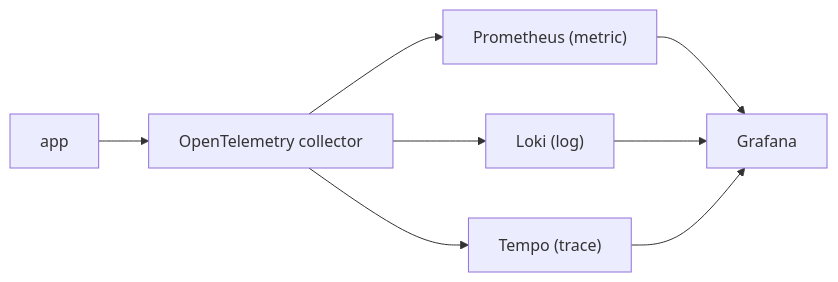
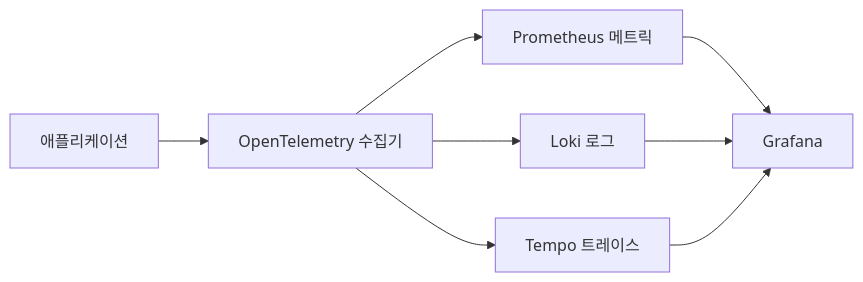
One commit to yeongseon-books/book-content changed the diagram in content/observability-101/ko/10-production-observability-stack.md. Above: the diagram before and after it, drawn with Mermaid. The commit also changed other lines of this file and 9 other files, not shown here.

````diff
--- a/content/observability-101/ko/10-production-observability-stack.md
+++ b/content/observability-101/ko/10-production-observability-stack.md
@@ -35,10 +49,10 @@
 ```mermaid
 flowchart LR
-    App["app"] --> Otel["OpenTelemetry collector"]
-    Otel --> Prom["Prometheus (metric)"]
-    Otel --> Loki["Loki (log)"]
-    Otel --> Tempo["Tempo (trace)"]
+    App["애플리케이션"] --> Otel["OpenTelemetry 수집기"]
+    Otel --> Prom["Prometheus 메트릭"]
+    Otel --> Loki["Loki 로그"]
+    Otel --> Tempo["Tempo 트레이스"]
     Prom --> Grafana
     Loki --> Grafana
     Tempo --> Grafana
 ```
````
